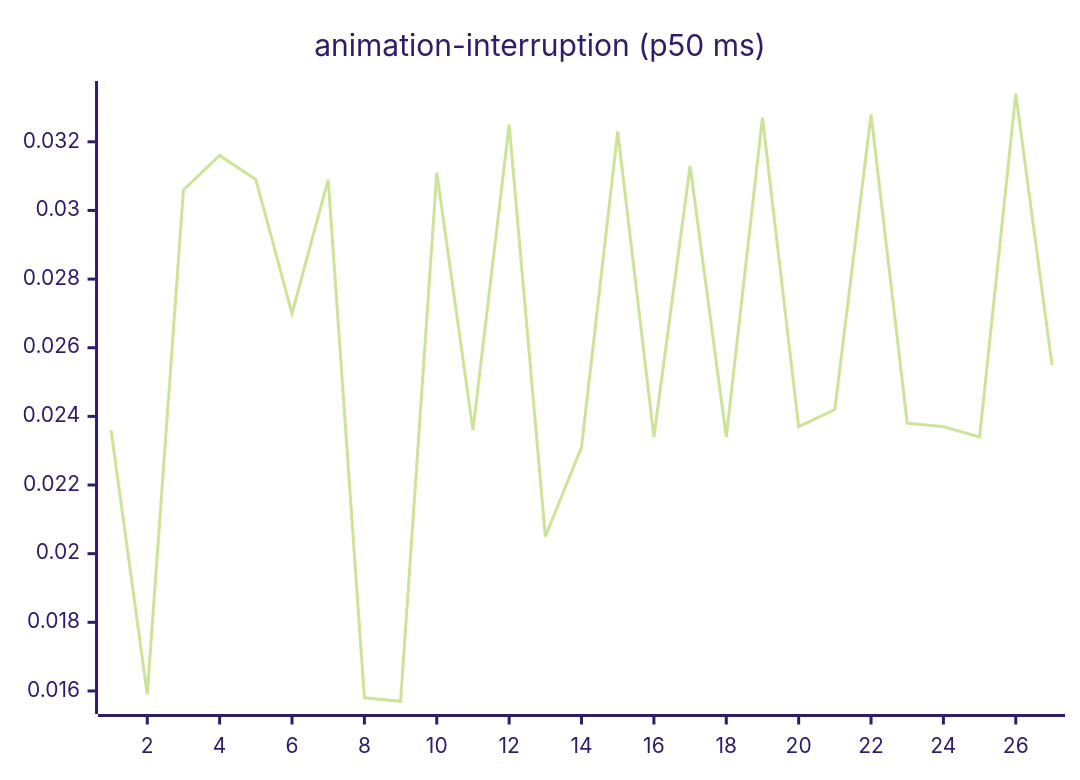
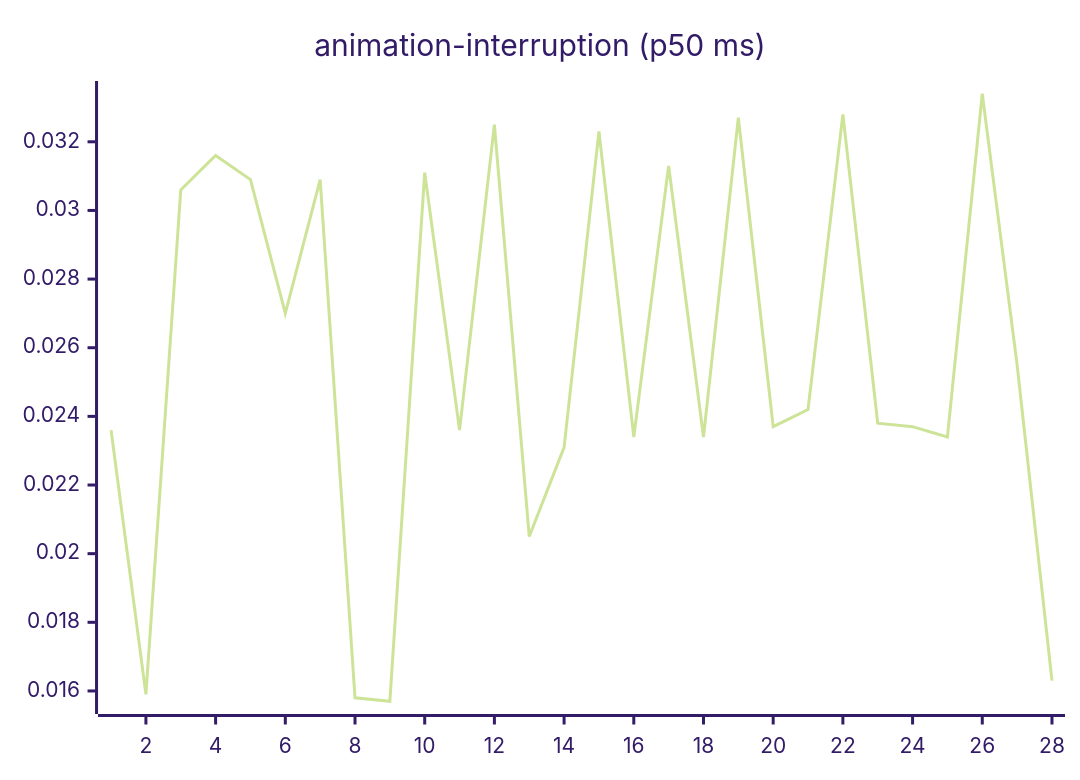
The third of 27 diagrams in README.md (josha/Facet), drawn with Mermaid (forest theme) before and after one commit. The commit also changed other lines of this file and 2 other files, not shown here.

````diff
--- a/README.md
+++ b/README.md
@@ -77,6 +77,6 @@
 ```mermaid
 xychart-beta
     title "animation-interruption (p50 ms)"
-    x-axis 1 --> 27
-    line [0.0236, 0.0159, 0.0306, 0.0316, 0.0309, 0.0270, 0.0309, 0.0158, 0.0157, 0.0311, 0.0236, 0.0325, 0.0205, 0.0231, 0.0323, 0.0234, 0.0313, 0.0234, 0.0327, 0.0237, 0.0242, 0.0328, 0.0238, 0.0237, 0.0234, 0.0334, 0.0255]
+    x-axis 1 --> 28
+    line [0.0236, 0.0159, 0.0306, 0.0316, 0.0309, 0.0270, 0.0309, 0.0158, 0.0157, 0.0311, 0.0236, 0.0325, 0.0205, 0.0231, 0.0323, 0.0234, 0.0313, 0.0234, 0.0327, 0.0237, 0.0242, 0.0328, 0.0238, 0.0237, 0.0234, 0.0334, 0.0255, 0.0163]
 ```
````
